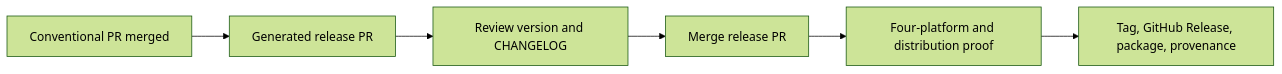
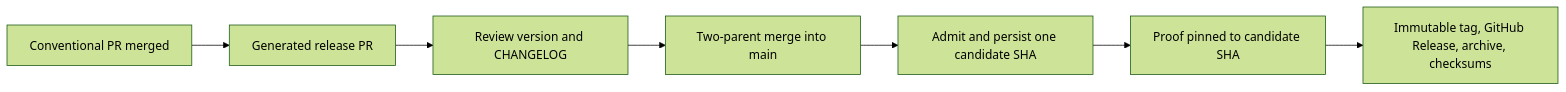
Before and after one commit to myagentdojo/agent-plugin-template: the diagram in README.md, drawn with Mermaid (forest theme). The commit also changed other lines of this file and 2 other files, not shown here.

First line of the commit message:
docs: align operator guidance with the hardened release contract

````diff
--- a/README.md
+++ b/README.md
@@ -212,8 +357,9 @@
 ```mermaid
 flowchart LR
     change["Conventional PR merged"] --> releasePR["Generated release PR"]
     releasePR --> review["Review version and CHANGELOG"]
-    review --> merge["Merge release PR"]
-    merge --> proof["Four-platform and distribution proof"]
-    proof --> publish["Tag, GitHub Release, package, provenance"]
+    review --> merge["Two-parent merge into main"]
+    merge --> admit["Admit and persist one candidate SHA"]
+    admit --> proof["Proof pinned to candidate SHA"]
+    proof --> publish["Immutable tag, GitHub Release, archive, checksums"]
 ```
````
